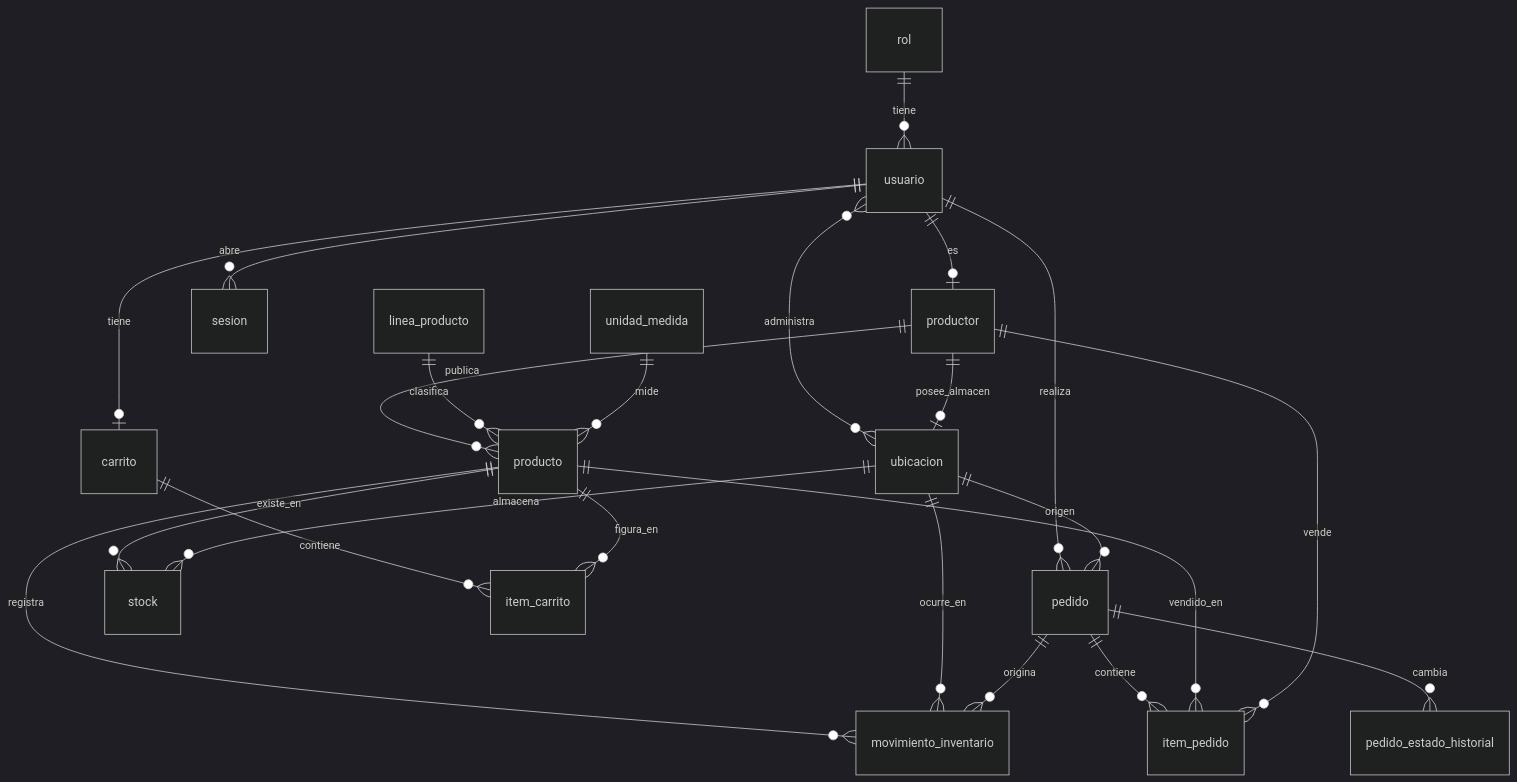
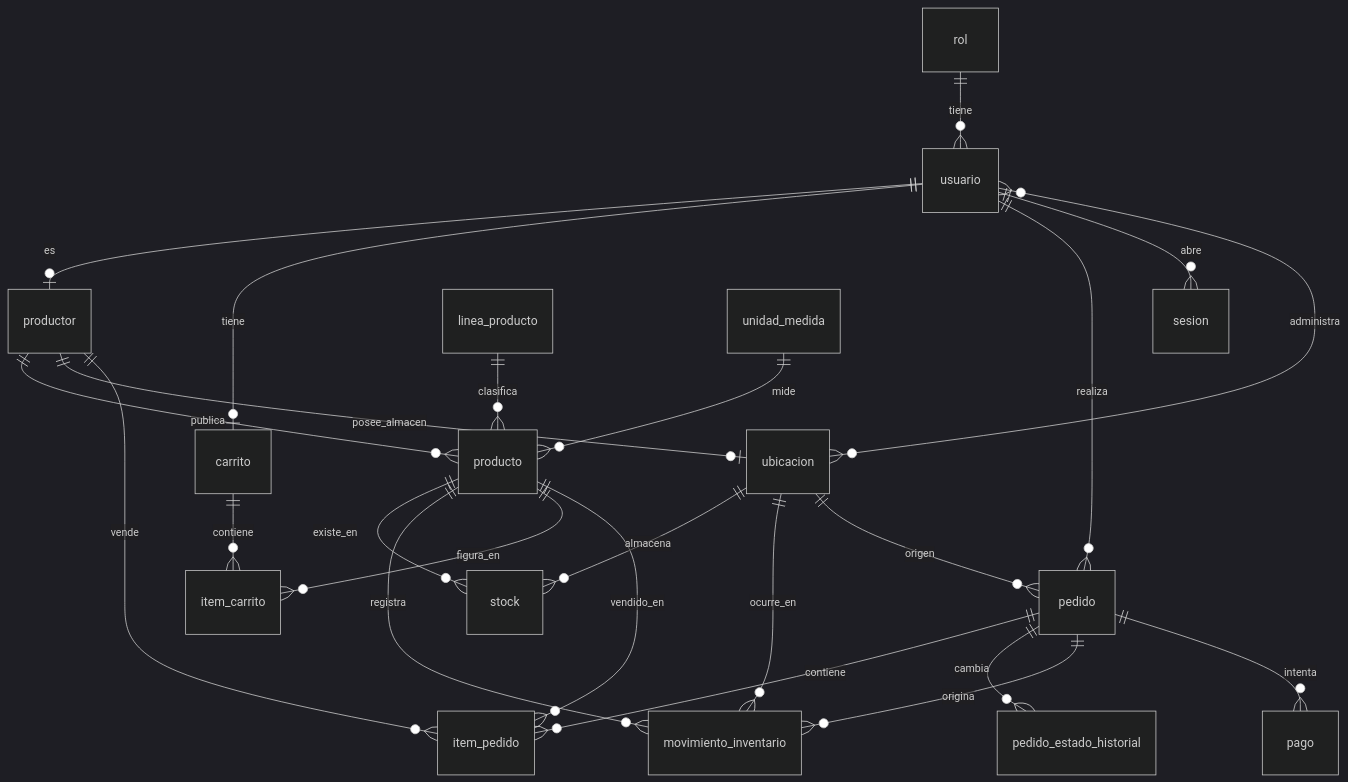
Before and after one commit to the-dibujitos-dp2/ccpip-marketplace: the first of 4 diagrams in docs/modelo-de-datos.md, drawn with Mermaid (dark theme). The commit also changed other lines of this file and 2 other files, not shown here.

First line of the commit message:
CCPIP-148: modelo de pago y su estado

````diff
--- a/docs/modelo-de-datos.md
+++ b/docs/modelo-de-datos.md
@@ -12,29 +12,30 @@
 ```mermaid
 erDiagram
     rol ||--o{ usuario : tiene
     usuario ||--o| productor : es
     usuario ||--o| carrito : tiene
     usuario ||--o{ pedido : realiza
     usuario ||--o{ sesion : abre
     usuario }o--o{ ubicacion : administra
 
     productor ||--o{ producto : publica
     productor ||--o| ubicacion : posee_almacen
     linea_producto ||--o{ producto : clasifica
     unidad_medida ||--o{ producto : mide
 
     producto ||--o{ stock : existe_en
     ubicacion ||--o{ stock : almacena
     producto ||--o{ movimiento_inventario : registra
     ubicacion ||--o{ movimiento_inventario : ocurre_en
 
     carrito ||--o{ item_carrito : contiene
     producto ||--o{ item_carrito : figura_en
 
     pedido ||--o{ item_pedido : contiene
     producto ||--o{ item_pedido : vendido_en
     productor ||--o{ item_pedido : vende
     ubicacion ||--o{ pedido : origen
     pedido ||--o{ pedido_estado_historial : cambia
     pedido ||--o{ movimiento_inventario : origina
+    pedido ||--o{ pago : intenta
 ```
````
